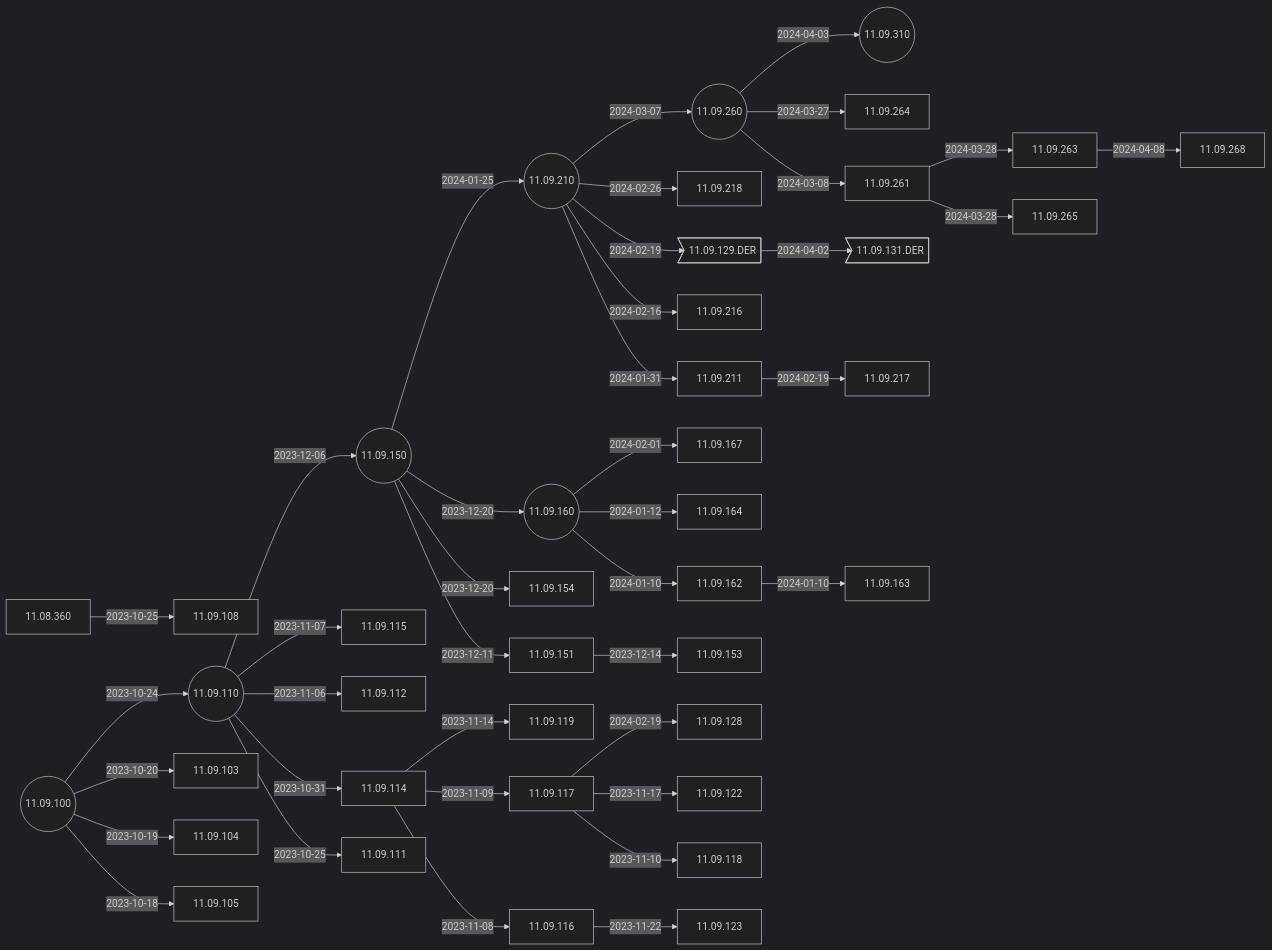
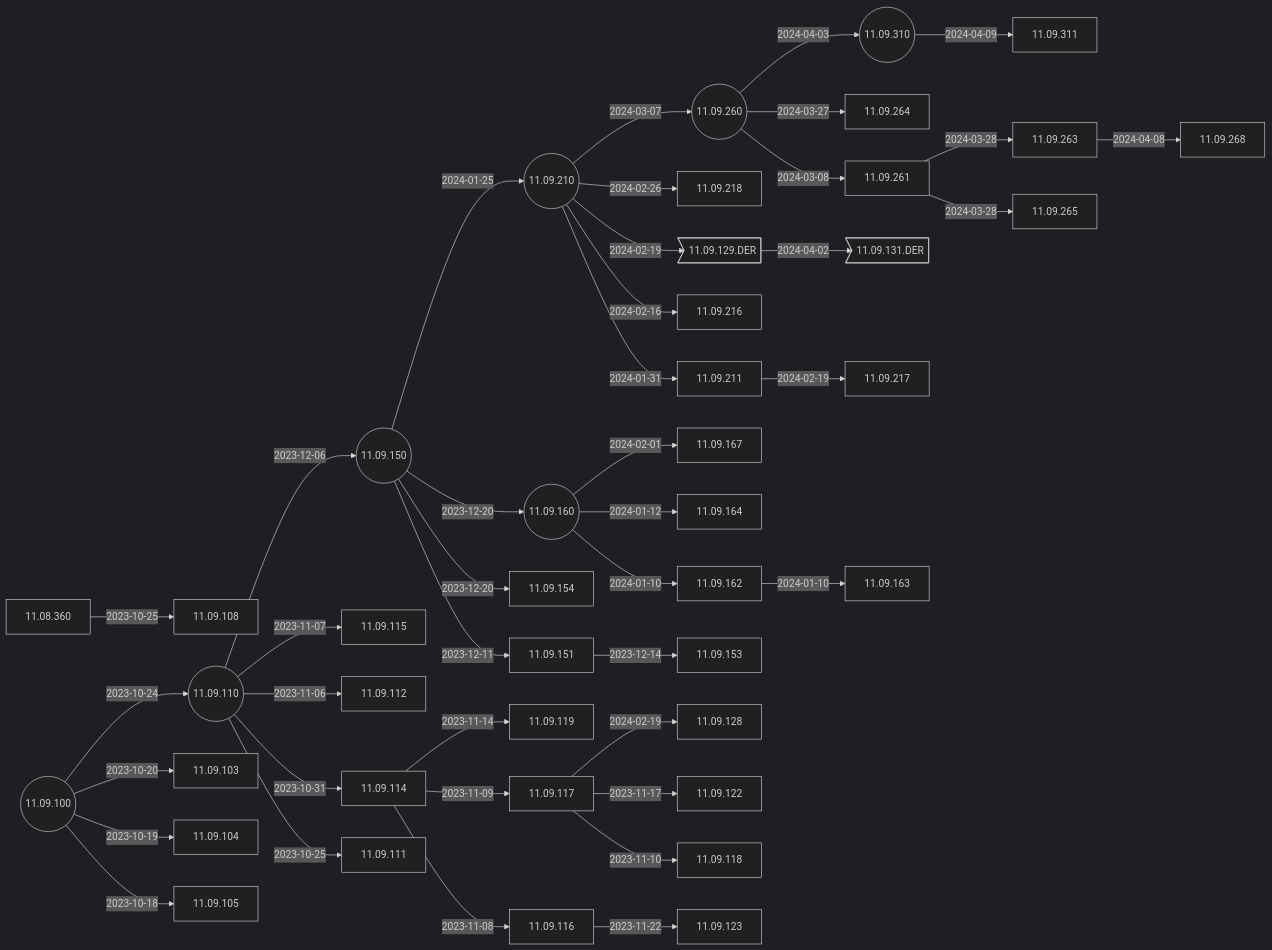
One commit to IGEL-Community/IGEL-Docs-v02 changed the second of 5 diagrams in docs/Docs/ReleaseNotes/01-OS11/README.md. Above: the diagram before and after it, drawn with Mermaid (dark theme). The commit also changed 2 other files, not shown here.

Commit message:
11.09.311 < 11.09.310

````diff
--- a/docs/Docs/ReleaseNotes/01-OS11/README.md
+++ b/docs/Docs/ReleaseNotes/01-OS11/README.md
@@ -41,5 +41,6 @@
 ```mermaid
 flowchart LR
+    11.09.310-- 2024-04-09 -->11.09.311
     11.09.263-- 2024-04-08 -->11.09.268
     11.09.260-- 2024-04-03 -->11.09.310((11.09.310))
     11.09.129.DER-- 2024-04-02 -->11.09.131.DER>11.09.131.DER]
@@ -80,6 +81,7 @@
     11.09.100-- 2023-10-19 -->11.09.104
     11.09.100-- 2023-10-18 -->11.09.105
     11.09.100((11.09.100))
+    click 11.09.311 "https://github.com/IGEL-Community/IGEL-Docs-v02/tree/main/docs/Docs/ReleaseNotes/01-OS11/readme11.09.311.txt" _blank
     click 11.09.268 "https://github.com/IGEL-Community/IGEL-Docs-v02/tree/main/docs/Docs/ReleaseNotes/01-OS11/readme11.09.268.txt" _blank
     click 11.09.310 "https://github.com/IGEL-Community/IGEL-Docs-v02/tree/main/docs/Docs/ReleaseNotes/01-OS11/readme11.09.310.txt" _blank
     click 11.09.131.DER "https://github.com/IGEL-Community/IGEL-Docs-v02/tree/main/docs/Docs/ReleaseNotes/01-OS11/readme11.09.131.DER.txt" _blank
````
